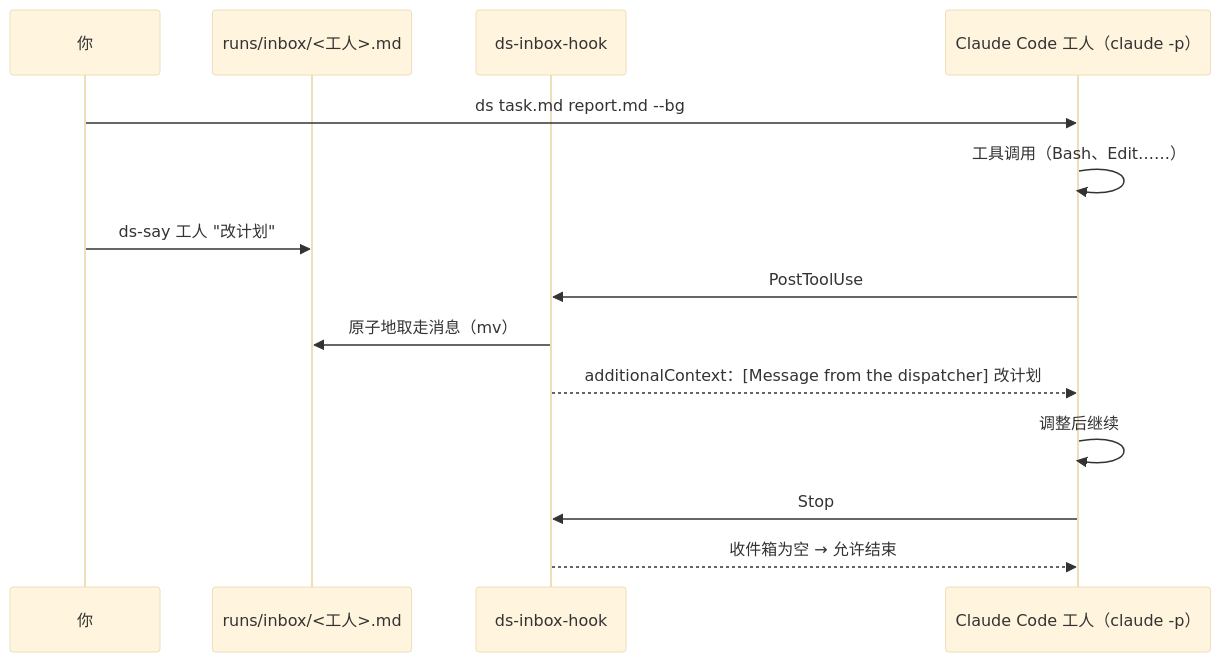
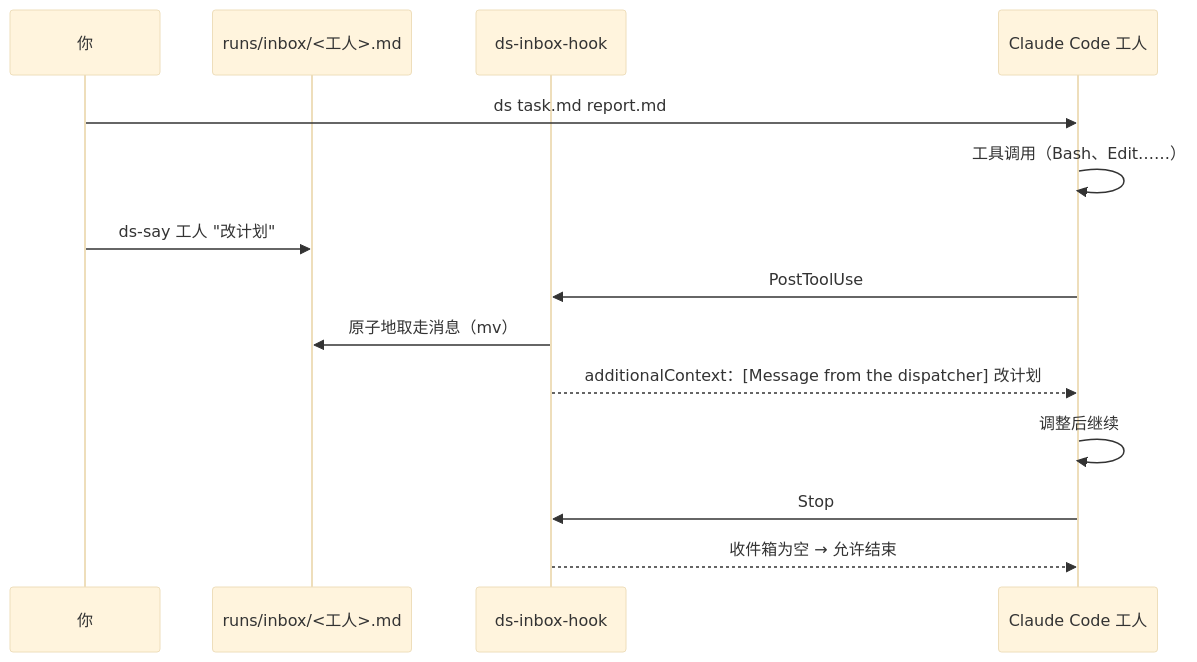
The diagram in README.zh-CN.md (MuQY1818/ds-worker), drawn with Mermaid (base theme) before and after one commit. The commit also changed other lines of this file and 18 other files, not shown here.

````diff
--- a/README.zh-CN.md
+++ b/README.zh-CN.md
@@ -49,16 +76,16 @@
 ```mermaid
 sequenceDiagram
     participant 你
     participant 收件箱 as runs/inbox/<工人>.md
     participant 钩子 as ds-inbox-hook
-    participant 工人 as Claude Code 工人（claude -p）
-    你->>工人: ds task.md report.md --bg
+    participant 工人 as Claude Code 工人
+    你->>工人: ds task.md report.md
     工人->>工人: 工具调用（Bash、Edit……）
     你->>收件箱: ds-say 工人 "改计划"
     工人->>钩子: PostToolUse
     钩子->>收件箱: 原子地取走消息（mv）
     钩子-->>工人: additionalContext：[Message from the dispatcher] 改计划
     工人->>工人: 调整后继续
     工人->>钩子: Stop
     钩子-->>工人: 收件箱为空 → 允许结束
 ```
````
